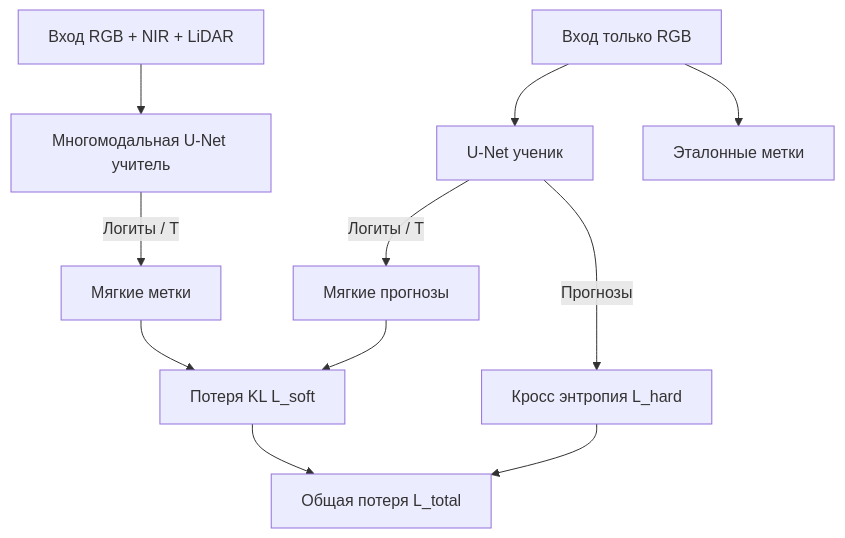
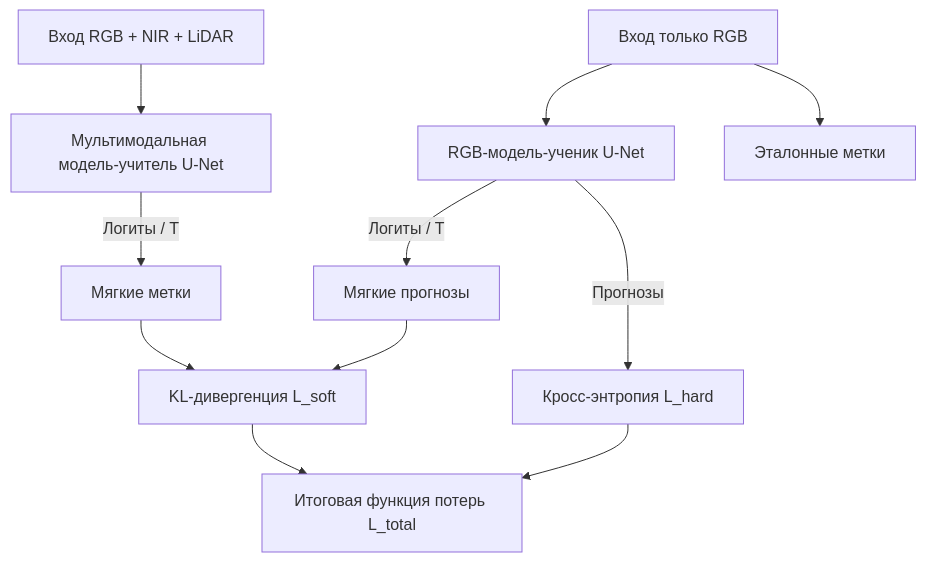
One commit to AlexL71/dadaboev-portfolio changed the diagram in src/pages/ru/research-and-projects/semantic-segmentation-modality-reduction.md. Above: the diagram before and after it, drawn with Mermaid. The commit also changed other lines of this file and 27 other files, not shown here.

````diff
--- a/src/pages/ru/research-and-projects/semantic-segmentation-modality-reduction.md
+++ b/src/pages/ru/research-and-projects/semantic-segmentation-modality-reduction.md
@@ -40,11 +40,11 @@
 ```mermaid
 graph TD
-    A[Вход RGB + NIR + LiDAR] --> B[Многомодальная U-Net учитель]
+    A[Вход RGB + NIR + LiDAR] --> B[Мультимодальная модель-учитель U-Net]
     B -->|Логиты / T| C[Мягкие метки]
-    D[Вход только RGB] --> E[U-Net ученик]
+    D[Вход только RGB] --> E[RGB-модель-ученик U-Net]
     E -->|Логиты / T| F[Мягкие прогнозы]
-    C & F --> G[Потеря KL L_soft]
+    C & F --> G[KL-дивергенция L_soft]
     D --> H[Эталонные метки]
-    E -->|Прогнозы| I[Кросс энтропия L_hard]
-    G & I --> J[Общая потеря L_total]
+    E -->|Прогнозы| I[Кросс-энтропия L_hard]
+    G & I --> J[Итоговая функция потерь L_total]
 ```
````
